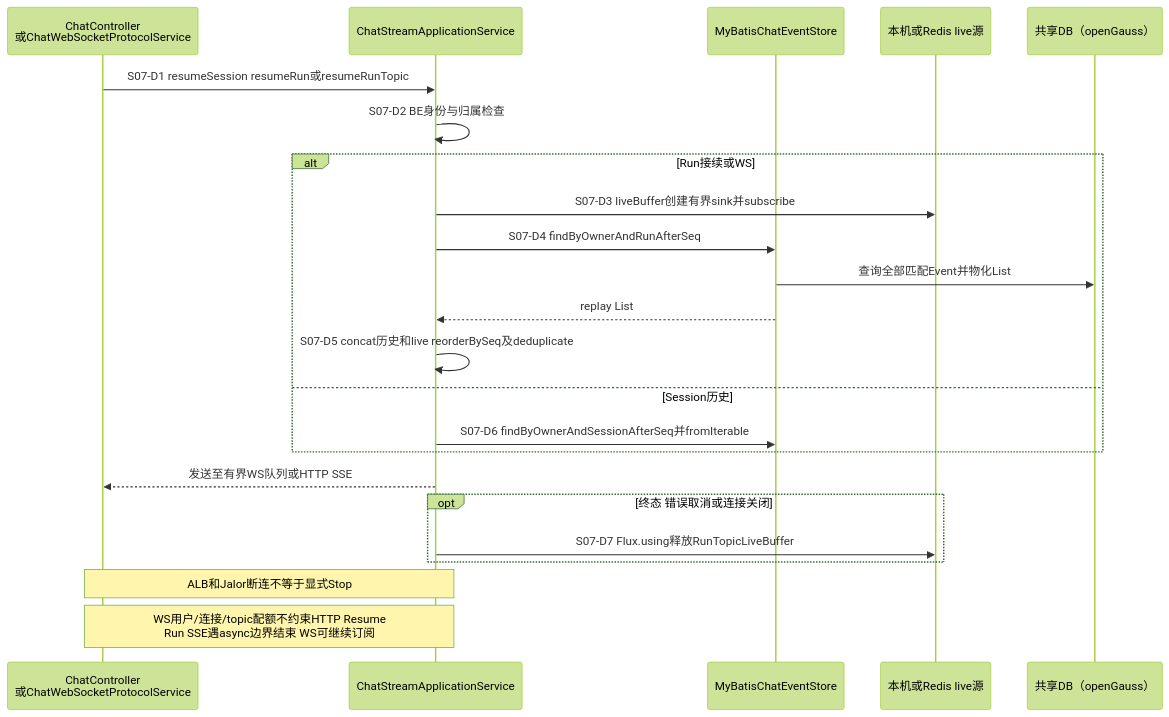
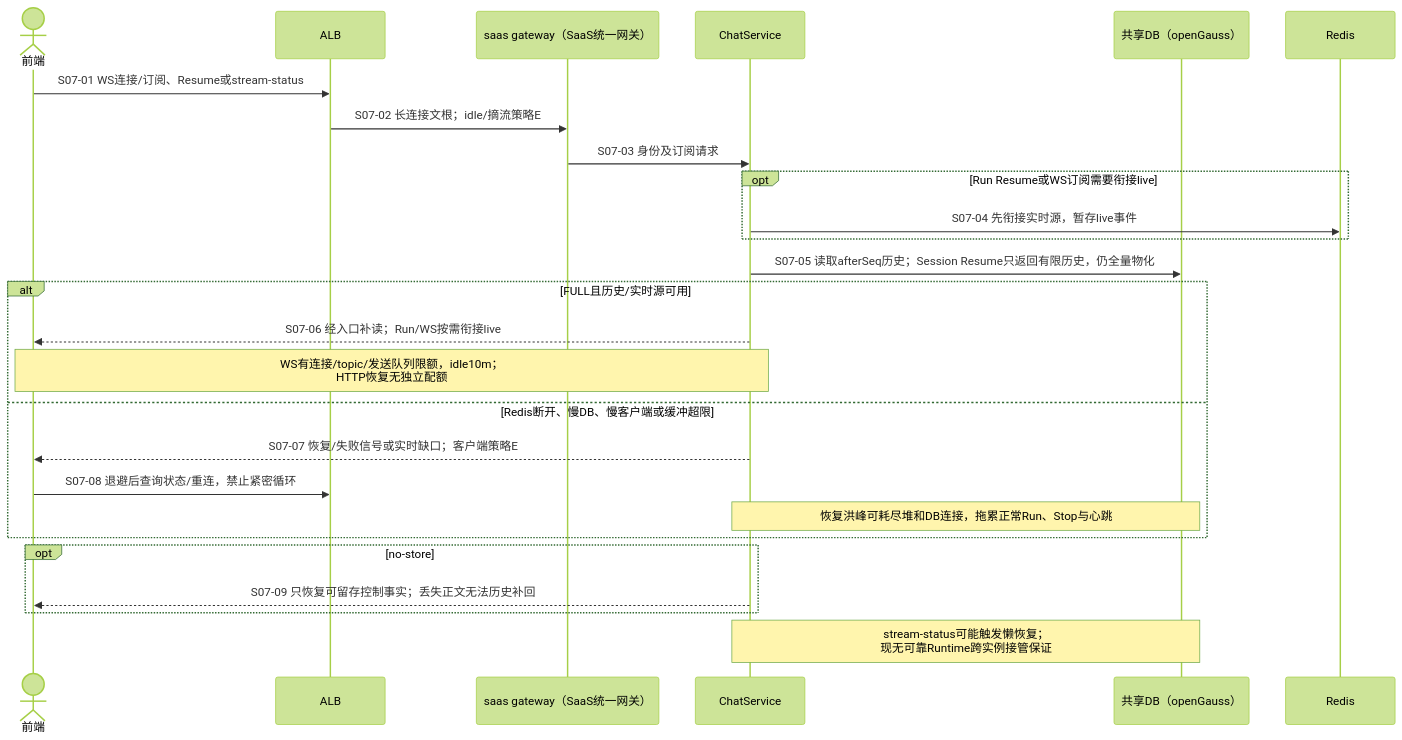
The seventh of 12 diagrams in docs/architecture/high-availability/scenarios.md (kunben-duck/exweb), drawn with Mermaid (forest theme) before and after one commit. The commit also changed other lines of this file and 8 other files, not shown here.

````diff
--- a/docs/architecture/high-availability/scenarios.md
+++ b/docs/architecture/high-availability/scenarios.md
@@ -700,25 +351,28 @@
 ```mermaid
 sequenceDiagram
-    participant API as ChatController<br/>或ChatWebSocketProtocolService
-    participant S as ChatStreamApplicationService
-    participant STORE as MyBatisChatEventStore
-    participant LIVE as 本机或Redis live源
+actor WEB as 前端
+    participant ALB
+    participant GW as saas gateway（SaaS统一网关）
+    participant CHAT as ChatService
     participant DB as 共享DB（openGauss）
-    API->>S: S07-D1 resumeSession resumeRun或resumeRunTopic
-    S->>S: S07-D2 BE身份与归属检查
-    alt Run接续或WS
-        S->>LIVE: S07-D3 liveBuffer创建有界sink并subscribe
-        S->>STORE: S07-D4 findByOwnerAndRunAfterSeq
-        STORE->>DB: 查询全部匹配Event并物化List
-        STORE-->>S: replay List
-        S->>S: S07-D5 concat历史和live reorderBySeq及deduplicate
-    else Session历史
-        S->>STORE: S07-D6 findByOwnerAndSessionAfterSeq并fromIterable
+    participant REDIS as Redis
+    WEB->>ALB: S07-01 WS连接/订阅、Resume或stream-status
+    ALB->>GW: S07-02 长连接文根；idle/摘流策略E
+    GW->>CHAT: S07-03 身份及订阅请求
+    opt Run Resume或WS订阅需要衔接live
+        CHAT->>REDIS: S07-04 先衔接实时源，暂存live事件
     end
-    S-->>API: 发送至有界WS队列或HTTP SSE
-    opt 终态 错误取消或连接关闭
-        S->>LIVE: S07-D7 Flux.using释放RunTopicLiveBuffer
+    CHAT->>DB: S07-05 读取afterSeq历史；Session Resume只返回有限历史，仍全量物化
+    alt FULL且历史/实时源可用
+        CHAT-->>WEB: S07-06 经入口补读；Run/WS按需衔接live
+        Note over CHAT,WEB: WS有连接/topic/发送队列限额，idle10m；<br/>HTTP恢复无独立配额
+    else Redis断开、慢DB、慢客户端或缓冲超限
+        CHAT-->>WEB: S07-07 恢复/失败信号或实时缺口；客户端策略E
+        WEB->>ALB: S07-08 退避后查询状态/重连，禁止紧密循环
+        Note over CHAT,DB: 恢复洪峰可耗尽堆和DB连接，拖累正常Run、Stop与心跳
     end
-    Note over API,S: ALB和Jalor断连不等于显式Stop
-    Note over API,S: WS用户/连接/topic配额不约束HTTP Resume<br/>Run SSE遇async边界结束 WS可继续订阅
+    opt no-store
+        CHAT-->>WEB: S07-09 只恢复可留存控制事实；丢失正文无法历史补回
+    end
+    Note over CHAT,DB: stream-status可能触发懒恢复；<br/>现无可靠Runtime跨实例接管保证
 ```
````
